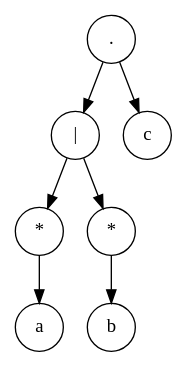
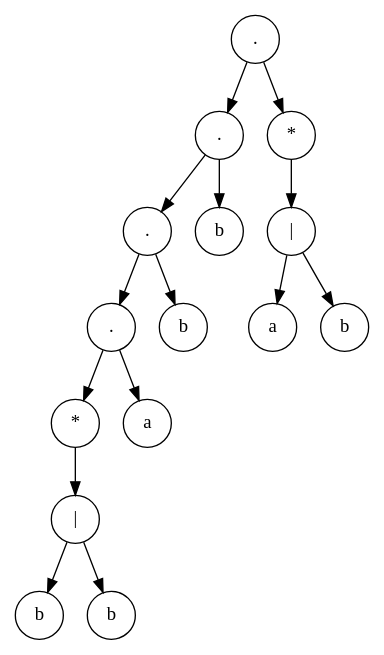
The diagram in Tree.gv (JoseGon20335/labC-lenguajes), drawn with Graphviz before and after one commit. The commit also changed 20 other files, not shown here.

```diff
--- a/Tree.gv
+++ b/Tree.gv
@@ -1,17 +1,33 @@
 // resultado
 digraph tree {
 	graph [rankdir=TB]
-	3162970083424 [label="." shape=circle]
-	3162970083328 [label="|" shape=circle]
-	3162970083184 [label="*" shape=circle]
-	3162970083136 [label=a shape=circle]
-	3162970083184 -> 3162970083136
-	3162970083328 -> 3162970083184
-	3162970083280 [label="*" shape=circle]
-	3162970083232 [label=b shape=circle]
-	3162970083280 -> 3162970083232
-	3162970083328 -> 3162970083280
-	3162970083424 -> 3162970083328
-	3162970083376 [label=c shape=circle]
-	3162970083424 -> 3162970083376
+	2107392318080 [label="." shape=circle]
+	2107392317840 [label="." shape=circle]
+	2107392317744 [label="." shape=circle]
+	2107392317648 [label="." shape=circle]
+	2107392317552 [label="*" shape=circle]
+	2107392317504 [label="|" shape=circle]
+	2107392317408 [label=b shape=circle]
+	2107392317504 -> 2107392317408
+	2107392317456 [label=b shape=circle]
+	2107392317504 -> 2107392317456
+	2107392317552 -> 2107392317504
+	2107392317648 -> 2107392317552
+	2107392317600 [label=a shape=circle]
+	2107392317648 -> 2107392317600
+	2107392317744 -> 2107392317648
+	2107392317696 [label=b shape=circle]
+	2107392317744 -> 2107392317696
+	2107392317840 -> 2107392317744
+	2107392317792 [label=b shape=circle]
+	2107392317840 -> 2107392317792
+	2107392318080 -> 2107392317840
+	2107392318032 [label="*" shape=circle]
+	2107392317984 [label="|" shape=circle]
+	2107392317888 [label=a shape=circle]
+	2107392317984 -> 2107392317888
+	2107392317936 [label=b shape=circle]
+	2107392317984 -> 2107392317936
+	2107392318032 -> 2107392317984
+	2107392318080 -> 2107392318032
 }
```
